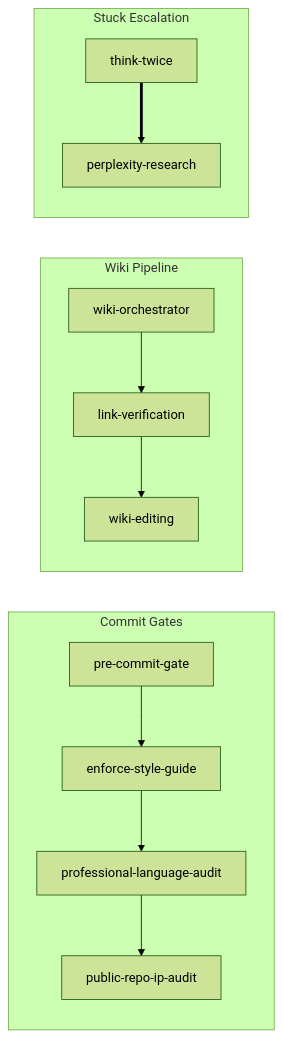
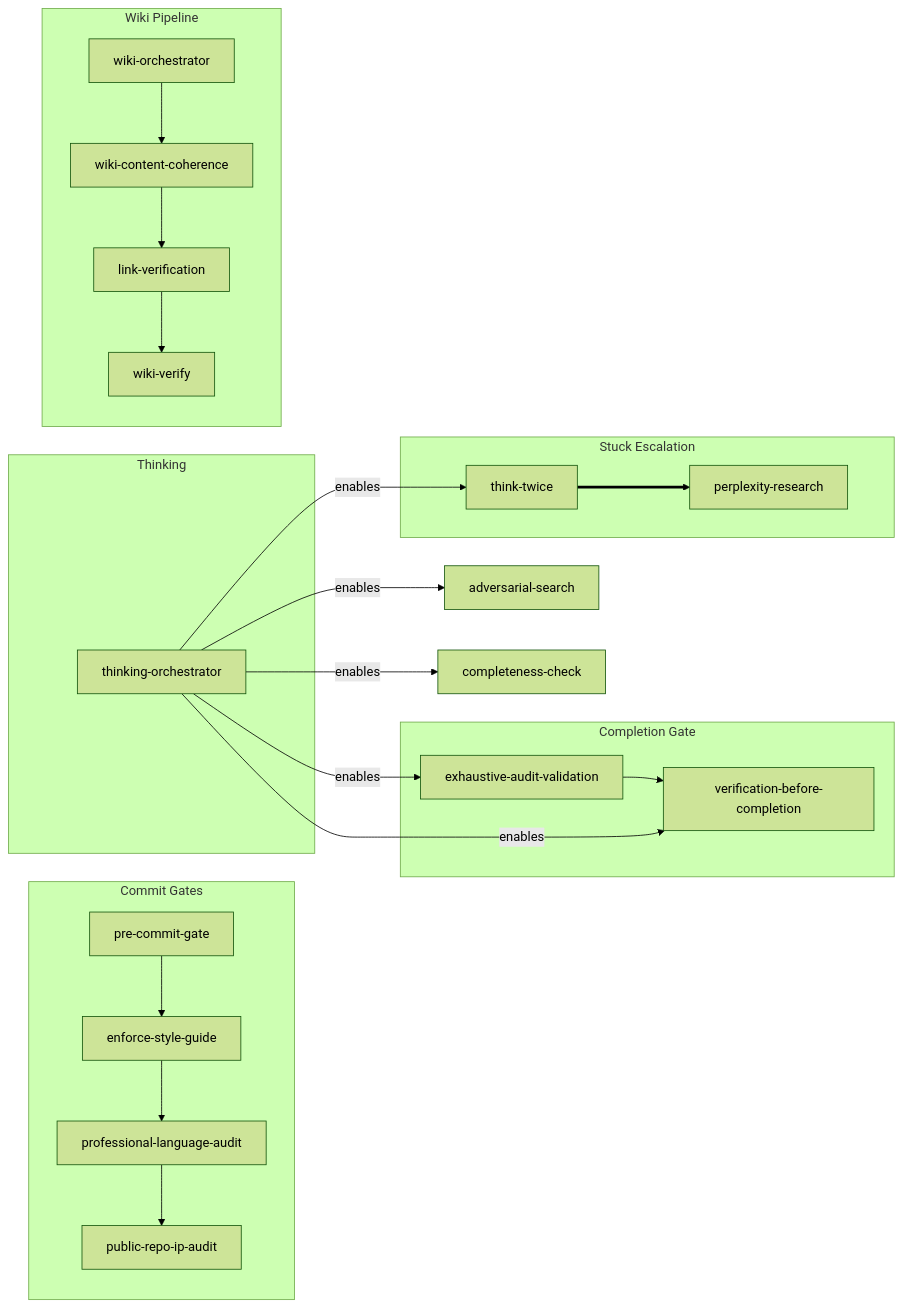
One commit to bordenet/superpowers-plus changed the diagram in README.md. Above: the diagram before and after it, drawn with Mermaid (forest theme). The commit also changed other lines of this file and 125 other files, not shown here.

````diff
--- a/README.md
+++ b/README.md
@@ -210,17 +184,32 @@
 ```mermaid
 graph LR
   subgraph commit-gates["Commit Gates"]
     pre_commit_gate["pre-commit-gate"] --> enforce_style_guide["enforce-style-guide"]
     enforce_style_guide --> professional_language_audit["professional-language-audit"]
     professional_language_audit --> public_repo_ip_audit["public-repo-ip-audit"]
   end
 
+  subgraph completion-gate["Completion Gate"]
+    exhaustive_audit_validation["exhaustive-audit-validation"] --> verification_before_completion["verification-before-completion"]
+  end
+
+  subgraph thinking["Thinking"]
+    thinking_orchestrator["thinking-orchestrator"]
+  end
+
   subgraph wiki-pipeline["Wiki Pipeline"]
-    wiki_orchestrator["wiki-orchestrator"] --> link_verification["link-verification"]
-    link_verification --> wiki_editing["wiki-editing"]
+    wiki_orchestrator["wiki-orchestrator"] --> wiki_content_coherence["wiki-content-coherence"]
+    wiki_content_coherence --> link_verification["link-verification"]
+    link_verification --> wiki_verify["wiki-verify"]
   end
 
   subgraph stuck-escalation["Stuck Escalation"]
     think_twice["think-twice"] ==> perplexity_research["perplexity-research"]
   end
+
+  thinking_orchestrator -->|enables| adversarial_search["adversarial-search"]
+  thinking_orchestrator -->|enables| think_twice
+  thinking_orchestrator -->|enables| verification_before_completion
+  thinking_orchestrator -->|enables| exhaustive_audit_validation
+  thinking_orchestrator -->|enables| completeness_check["completeness-check"]
 ```
````
